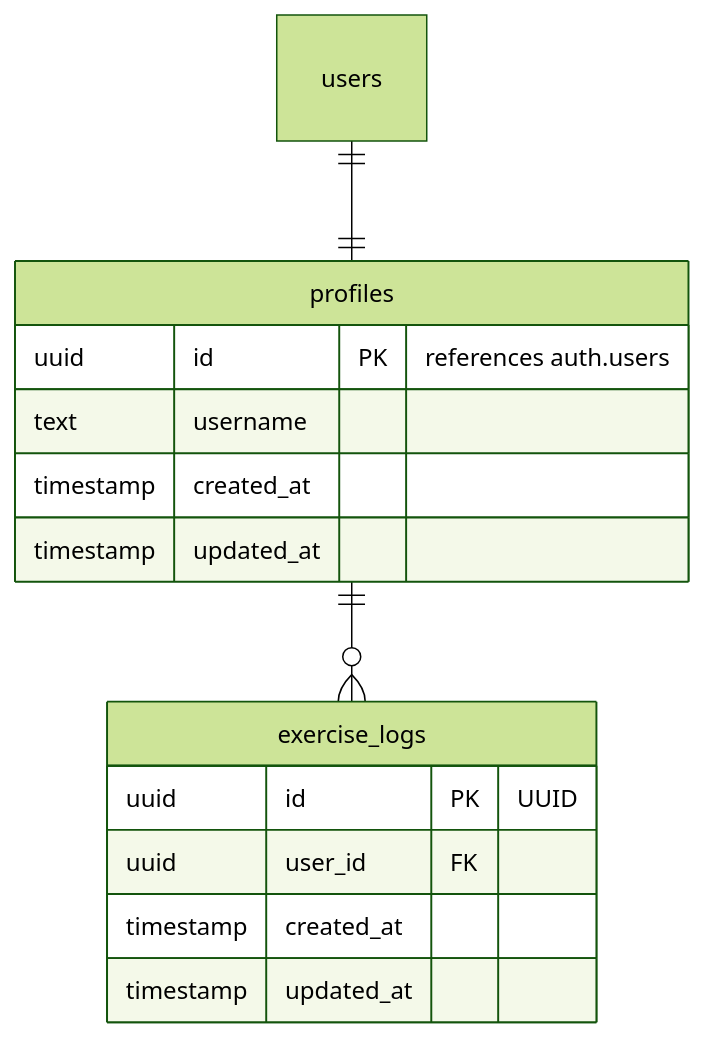
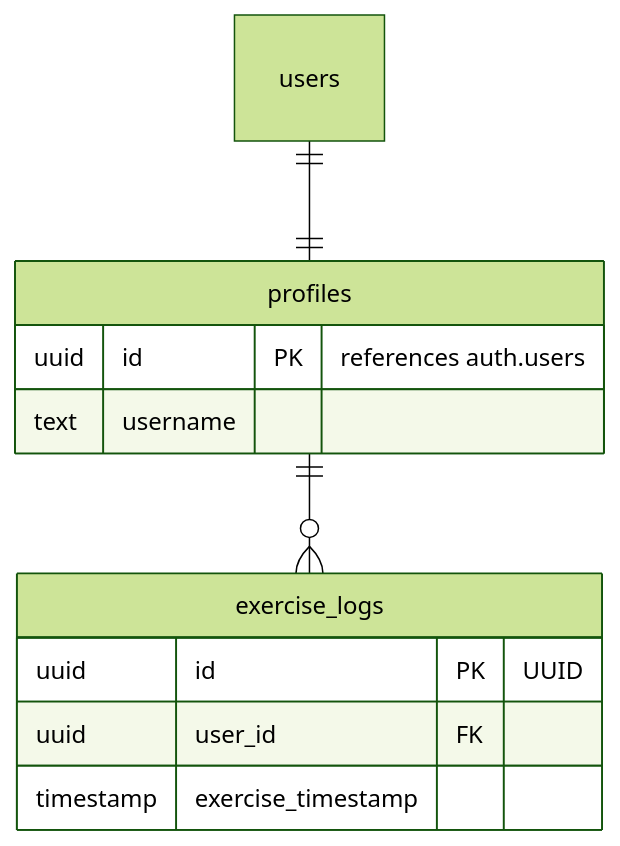
One commit to progate-hackathon-usagi/progate-usagi changed the diagram in er.md. Above: the diagram before and after it, drawn with Mermaid (forest theme).

````diff
--- a/er.md
+++ b/er.md
@@ -1,20 +1,17 @@
 ```mermaid
 erDiagram
   users ||--|| profiles : ""
   profiles ||--o{ exercise_logs : ""
   
   %% https://supabase.com/docs/guides/auth/managing-user-data
   profiles {
     uuid id PK "references auth.users"
     text username
-    timestamp created_at
-    timestamp updated_at
   }
 
   exercise_logs {
     uuid id PK "UUID"
     uuid user_id FK
-    timestamp created_at
-    timestamp updated_at
+    timestamp exercise_timestamp
   }
 ```
````
